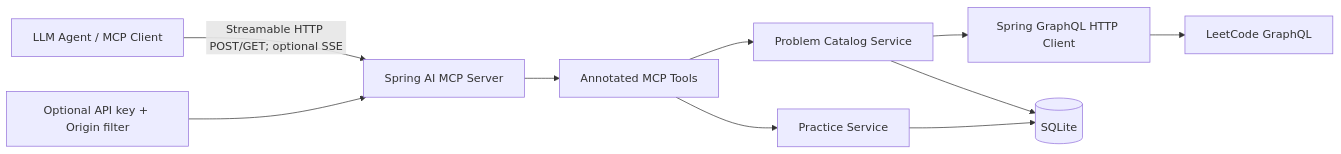
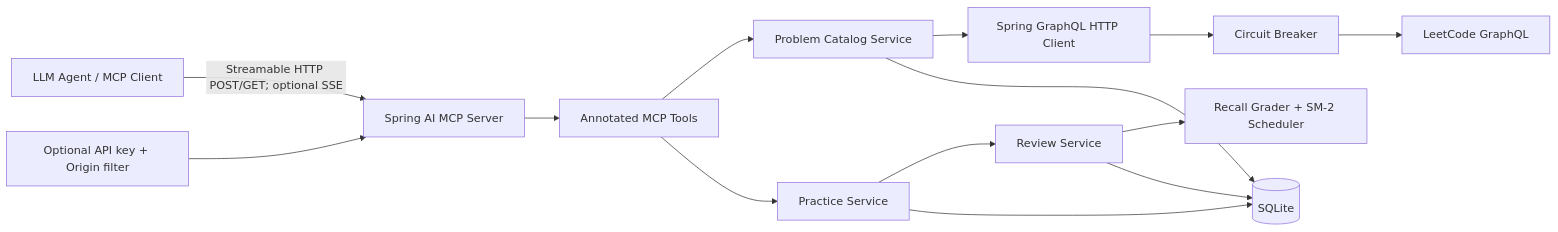
The diagram in README.md (heyush79/leetcode-coach-mcp-server), drawn with Mermaid before and after one commit. The commit also changed other lines of this file and 35 other files, not shown here.

````diff
--- a/README.md
+++ b/README.md
@@ -22,12 +51,16 @@
 ```mermaid
 flowchart LR
     A[LLM Agent / MCP Client] -->|Streamable HTTP POST/GET; optional SSE| B[Spring AI MCP Server]
     B --> C[Annotated MCP Tools]
     C --> D[Problem Catalog Service]
     C --> E[Practice Service]
+    E --> J[Review Service]
+    J --> K[Recall Grader + SM-2 Scheduler]
     D --> F[Spring GraphQL HTTP Client]
-    F --> G[LeetCode GraphQL]
+    F --> L[Circuit Breaker]
+    L --> G[LeetCode GraphQL]
     D --> H[(SQLite)]
     E --> H
+    J --> H
     I[Optional API key + Origin filter] --> B
 ```
````
